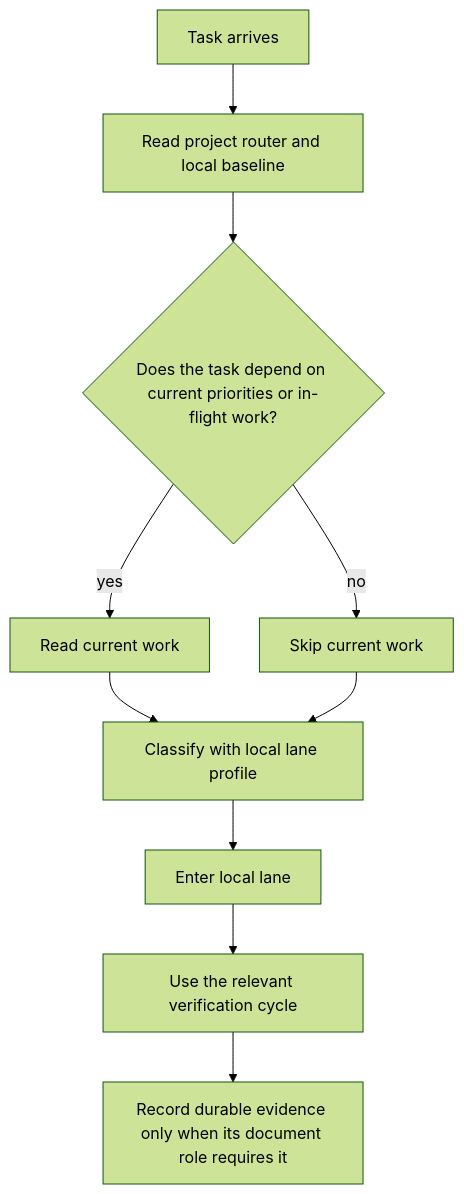
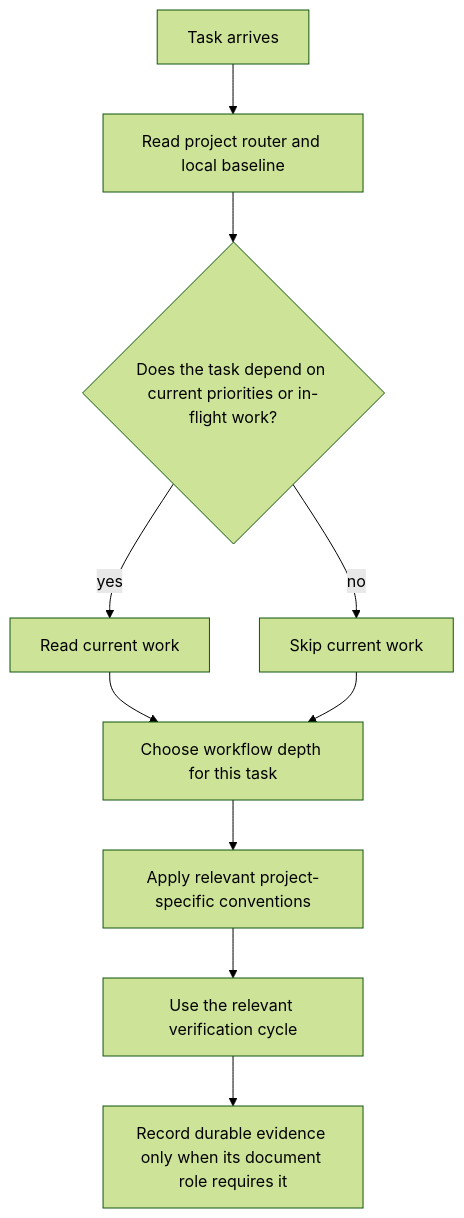
One commit to PieAIStudio/University changed the diagram in docs/governance/agents-routing/engineering-runtime-v1.1.md. Above: the diagram before and after it, drawn with Mermaid (forest theme). The commit also changed other lines of this file and 49 other files, not shown here.

````diff
--- a/docs/governance/agents-routing/engineering-runtime-v1.1.md
+++ b/docs/governance/agents-routing/engineering-runtime-v1.1.md
@@ -31,12 +31,12 @@
 ```mermaid
 flowchart TD
   A["Task arrives"] --> B["Read project router and local baseline"]
   B --> C{"Does the task depend on current priorities or in-flight work?"}
   C -->|"yes"| D["Read current work"]
   C -->|"no"| E["Skip current work"]
-  D --> F["Classify with local lane profile"]
+  D --> F["Choose workflow depth for this task"]
   E --> F
-  F --> G["Enter local lane"]
+  F --> G["Apply relevant project-specific conventions"]
   G --> H["Use the relevant verification cycle"]
   H --> I["Record durable evidence only when its document role requires it"]
 ```
````
